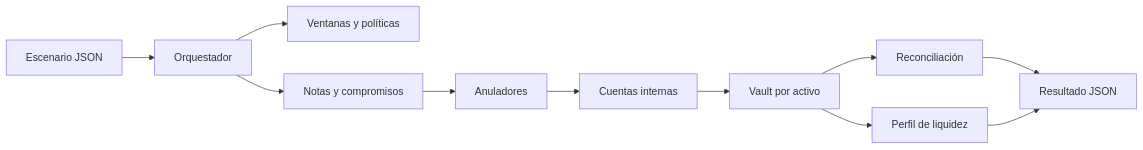
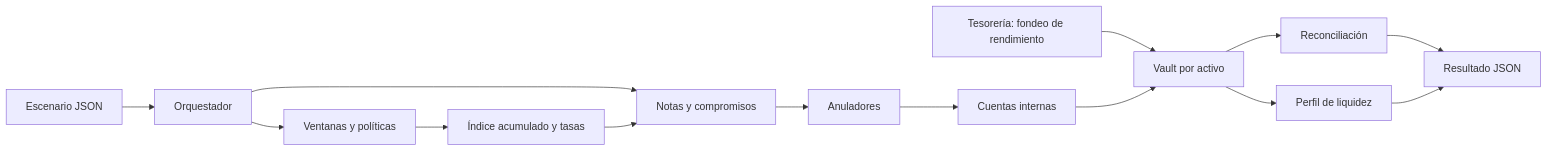
One commit to SolguardLabs/NocturneDTL changed the diagram in README.md. Above: the diagram before and after it, drawn with Mermaid. The commit also changed other lines of this file and 25 other files, not shown here.

````diff
--- a/README.md
+++ b/README.md
@@ -11,13 +11,16 @@
 ```mermaid
 flowchart LR
     I[Escenario JSON] --> S[Orquestador]
     S --> W[Ventanas y políticas]
+    W --> Y[Índice acumulado y tasas]
     S --> P[Notas y compromisos]
+    Y --> P
     P --> N[Anuladores]
     N --> A[Cuentas internas]
+    T[Tesorería: fondeo de rendimiento] --> V[Vault por activo]
     A --> V[Vault por activo]
     V --> R[Reconciliación]
     V --> L[Perfil de liquidez]
     R --> O[Resultado JSON]
     L --> O
 ```
````
